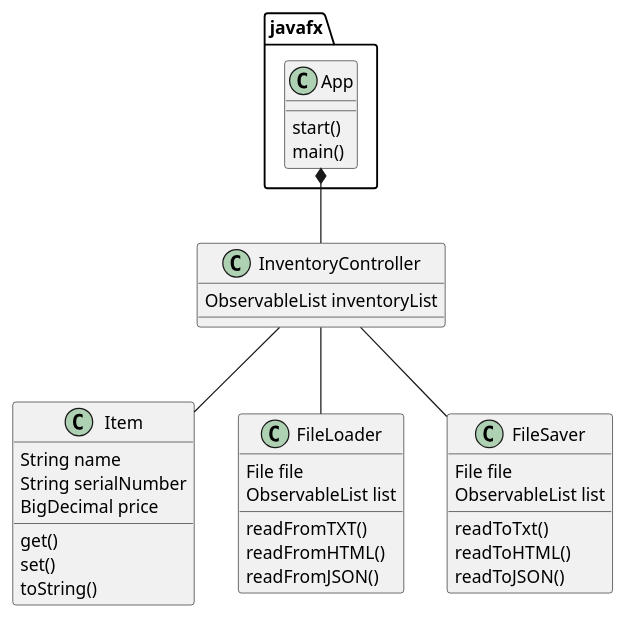
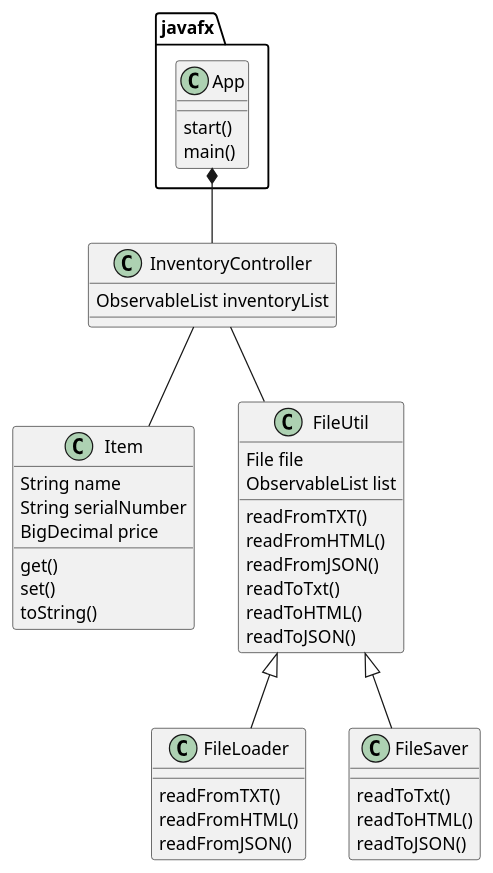
Before and after one commit to arkaik2k01/nobrega-7090-a5: the diagram in UML/ClassDiagram.puml, drawn with PlantUML. The commit also changed 4 other files, not shown here.

```diff
--- a/UML/ClassDiagram.puml
+++ b/UML/ClassDiagram.puml
@@ -1,48 +1,57 @@
 @startuml
 'https://plantuml.com/class-diagram
 
 class javafx.App {
     start()
     main()
 }
 
 class Item {
     String name
     String serialNumber
     BigDecimal price
 
     get()
     set()
     toString()
 }
 
-class FileLoader {
+class FileUtil {
     File file
     ObservableList list
+
+    readFromTXT()
+    readFromHTML()
+    readFromJSON()
+    readToTxt()
+    readToHTML()
+    readToJSON()
+}
+
+class FileLoader {
 
     readFromTXT()
     readFromHTML()
     readFromJSON()
 
 }
 
 class FileSaver {
-    File file
-    ObservableList list
 
     readToTxt()
     readToHTML()
     readToJSON()
 
 }
 
 class InventoryController {
     ObservableList inventoryList
 }
 
 javafx.App*--InventoryController
-InventoryController--FileLoader
+InventoryController--FileUtil
 InventoryController--Item
-InventoryController--FileSaver
+FileUtil<|--FileSaver
+FileUtil<|--FileLoader
 
 @enduml
```
